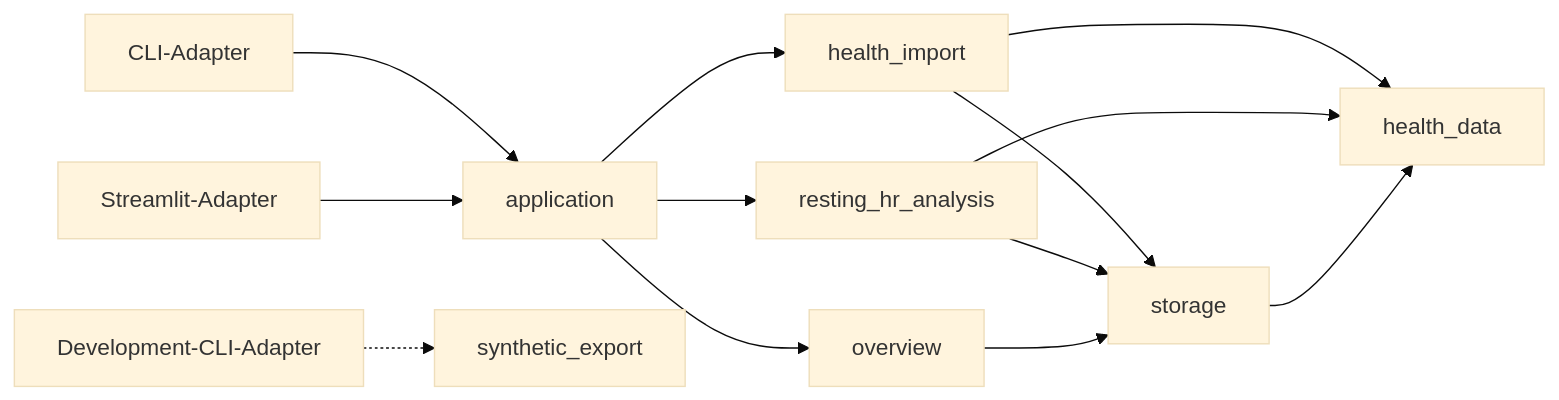
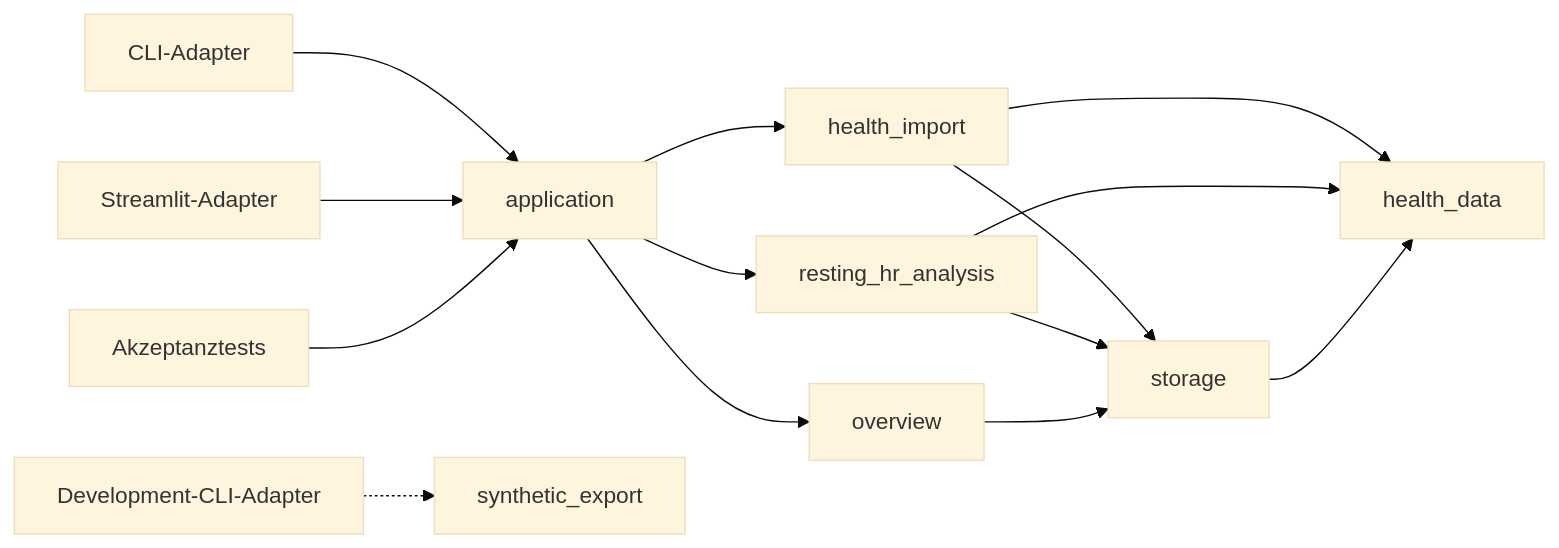
The diagram in README.md (RMKruse/personal-health-lab), drawn with Mermaid (base theme) before and after one commit. The commit also changed other lines of this file and 1 other file, not shown here.

````diff
--- a/README.md
+++ b/README.md
@@ -125,15 +150,16 @@
 ```mermaid
 flowchart LR
     CLI["CLI-Adapter"] --> APP["application"]
     UI["Streamlit-Adapter"] --> APP
+    TEST["Akzeptanztests"] --> APP
     APP --> IMP["health_import"]
     APP --> ANA["resting_hr_analysis"]
     APP --> OVR["overview"]
     IMP --> STORE["storage"]
     ANA --> STORE
     OVR --> STORE
     IMP --> DATA["health_data"]
     ANA --> DATA
     STORE --> DATA
     DCLI["Development-CLI-Adapter"] -.-> SYN["synthetic_export"]
 ```
````
